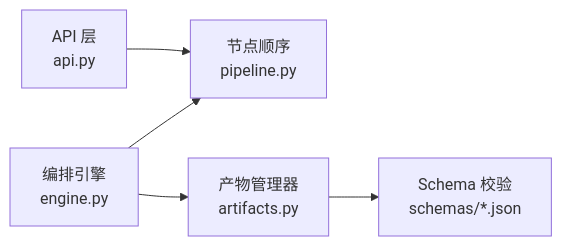
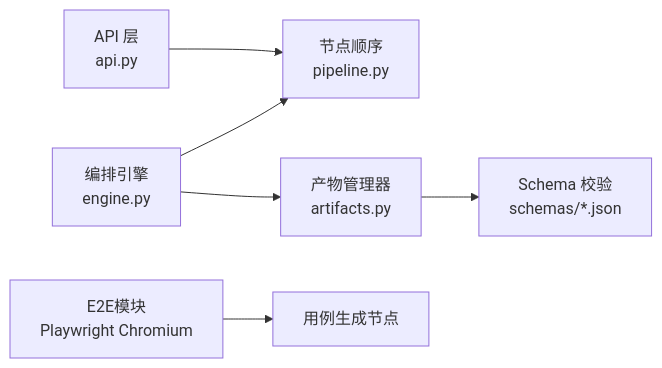
One commit to Joeyzheng001/LLM-AutoTest changed the fifth of 5 diagrams in .qoder/repowiki/zh/content/流水线工作流/用例生成节点.md. Above: the diagram before and after it, drawn with Mermaid. The commit also changed other lines of this file and 94 other files, not shown here.

````diff
--- a/.qoder/repowiki/zh/content/流水线工作流/用例生成节点.md
+++ b/.qoder/repowiki/zh/content/流水线工作流/用例生成节点.md
@@ -264,7 +339,8 @@
 ```mermaid
 graph LR
 ENG["编排引擎<br/>engine.py"] --> PIPE["节点顺序<br/>pipeline.py"]
 ENG --> ART["产物管理器<br/>artifacts.py"]
 ART --> SCHEMA["Schema 校验<br/>schemas/*.json"]
 API["API 层<br/>api.py"] --> PIPE
+E2E["E2E模块<br/>Playwright Chromium"] --> GEN["用例生成节点"]
 ```
````
